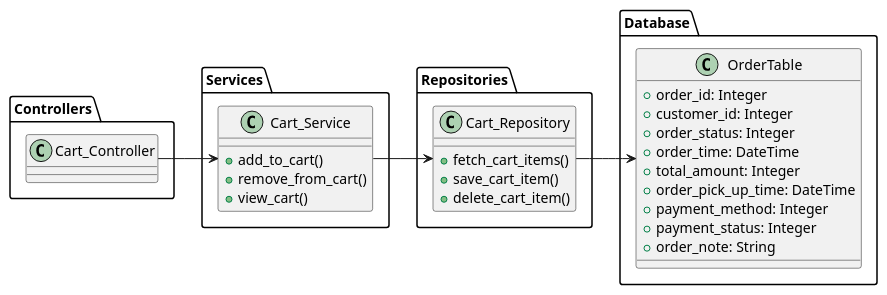
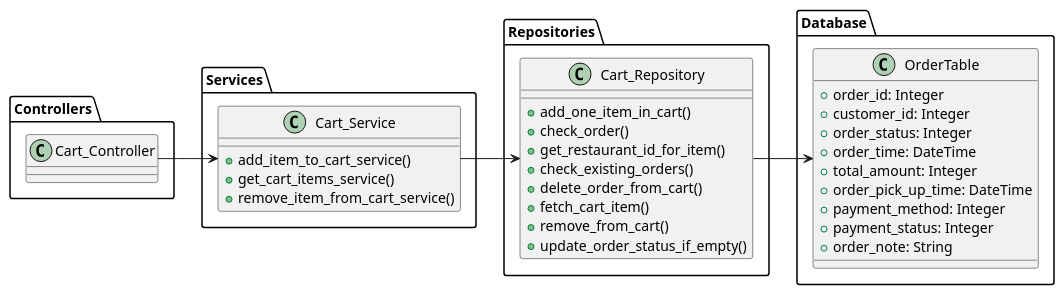
The diagram in diagram/cart_class_diagram.puml (kevin0629/NCU_Campus_Eats_Demo), drawn with PlantUML before and after one commit. The commit also changed 17 other files, not shown here.

```diff
--- a/diagram/cart_class_diagram.puml
+++ b/diagram/cart_class_diagram.puml
@@ -2,42 +2,47 @@
 @startuml Cart_Module
 left to right direction
 
 package "Controllers" {
     class Cart_Controller
 }
 
 package "Services" {
     class Cart_Service {
-        +add_to_cart()
-        +remove_from_cart()
-        +view_cart()
+        +add_item_to_cart_service()
+        +get_cart_items_service()
+        +remove_item_from_cart_service()
     }
 }
 
 package "Repositories" {
     class Cart_Repository {
-        +fetch_cart_items()
-        +save_cart_item()
-        +delete_cart_item()
+        +add_one_item_in_cart()
+        +check_order()
+        +get_restaurant_id_for_item()
+        +check_existing_orders()
+        +delete_order_from_cart()
+        +fetch_cart_item()
+        +remove_from_cart()
+        +update_order_status_if_empty()
     }
 }
 
 package "Database" {
     class OrderTable {
         +order_id: Integer
         +customer_id: Integer
         +order_status: Integer
         +order_time: DateTime
         +total_amount: Integer
         +order_pick_up_time: DateTime
         +payment_method: Integer
         +payment_status: Integer
         +order_note: String
     }
 }
 
 Cart_Controller --> Cart_Service
 Cart_Service --> Cart_Repository
 Cart_Repository --> OrderTable
 
 @enduml
```
